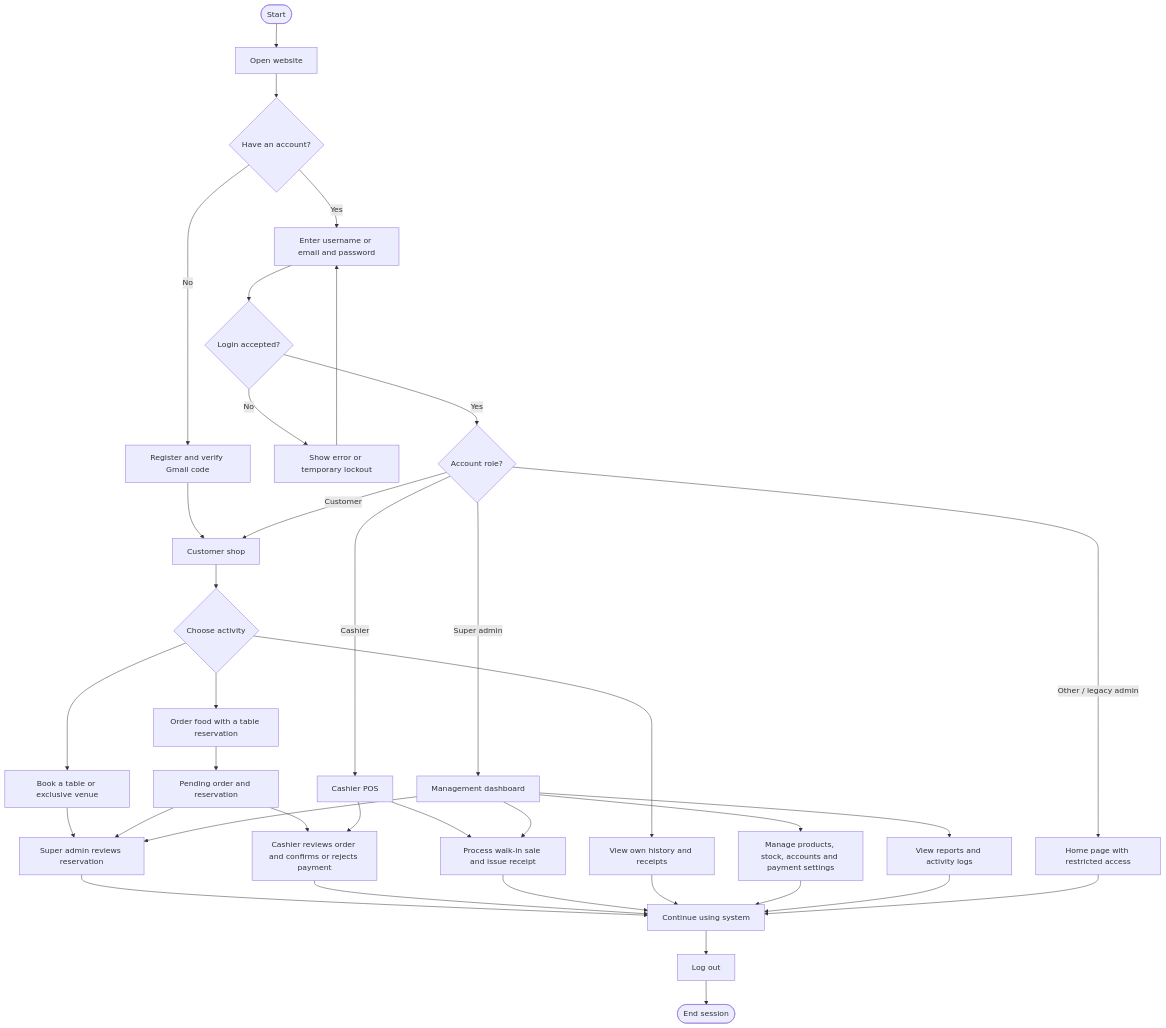
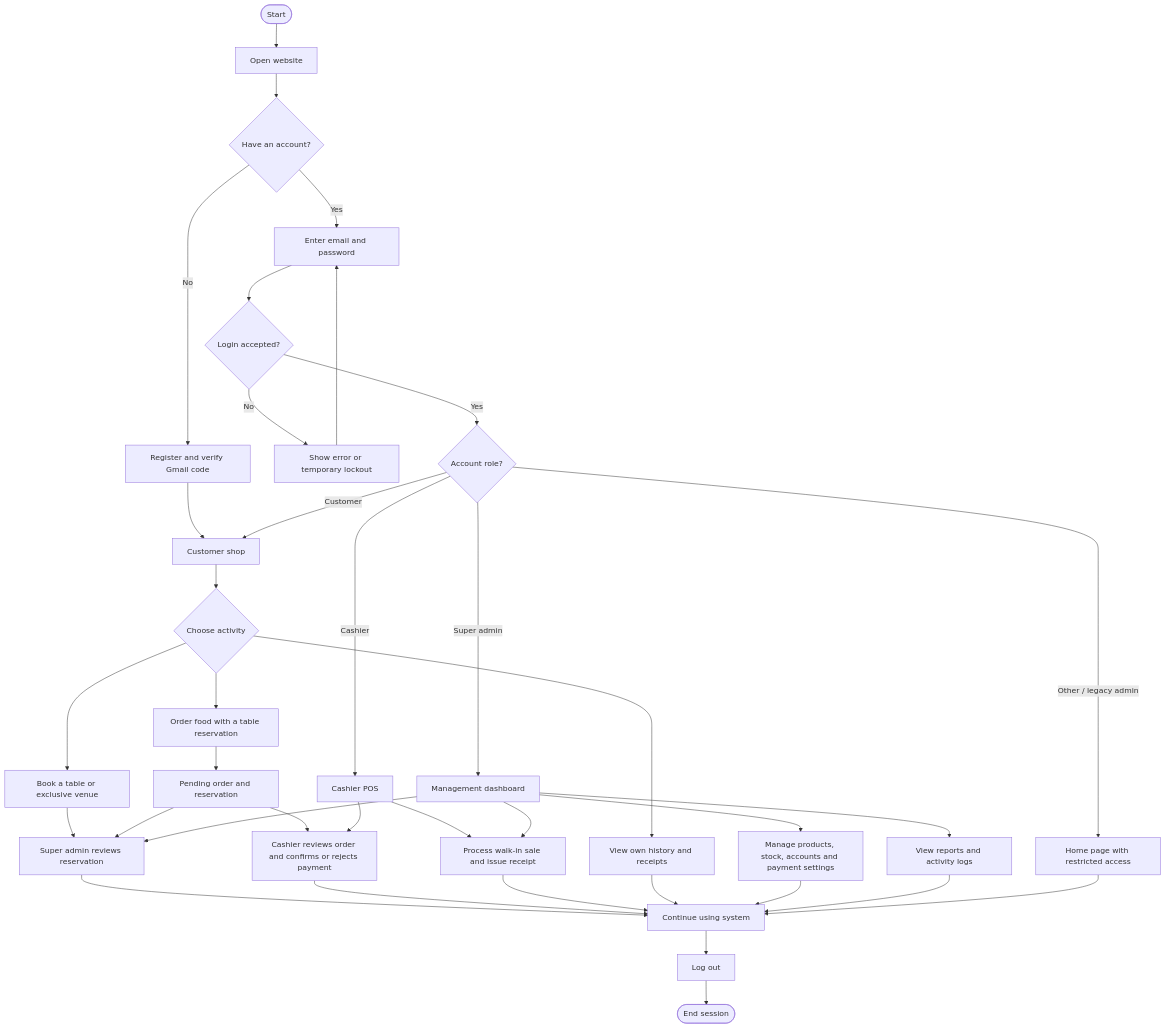
One commit to getcooked/kermits-POS changed the first of 6 diagrams in docs/SYSTEM_FLOWCHART.md. Above: the diagram before and after it, drawn with Mermaid. The commit also changed other lines of this file and 47 other files, not shown here.

````diff
--- a/docs/SYSTEM_FLOWCHART.md
+++ b/docs/SYSTEM_FLOWCHART.md
@@ -7,39 +7,39 @@
 ```mermaid
 flowchart TD
     Start([Start]) --> Home[Open website]
     Home --> Account{Have an account?}
     Account -->|No| Register[Register and verify Gmail code]
     Register --> Customer[Customer shop]
-    Account -->|Yes| Login[Enter username or email and password]
+    Account -->|Yes| Login[Enter email and password]
     Login --> Valid{Login accepted?}
     Valid -->|No| Error[Show error or temporary lockout]
     Error --> Login
     Valid -->|Yes| Role{Account role?}
     Role -->|Customer| Customer
     Role -->|Cashier| Cashier[Cashier POS]
     Role -->|Super admin| Admin[Management dashboard]
     Role -->|Other / legacy admin| Limited[Home page with restricted access]
     Customer --> CustomerTask{Choose activity}
     CustomerTask --> Shop[Order food with a table reservation]
     CustomerTask --> Book[Book a table or exclusive venue]
     CustomerTask --> History[View own history and receipts]
     Shop --> Pending[Pending order and reservation]
     Book --> Review[Super admin reviews reservation]
     Pending --> Review
     Pending --> Payment[Cashier reviews order and confirms or rejects payment]
     Cashier --> Payment
     Cashier --> Sale[Process walk-in sale and issue receipt]
     Admin --> Review
     Admin --> Manage[Manage products, stock, accounts and payment settings]
     Admin --> Reports[View reports and activity logs]
     Admin --> Sale
     Review --> Continue[Continue using system]
     Payment --> Continue
     Sale --> Continue
     History --> Continue
     Manage --> Continue
     Reports --> Continue
     Limited --> Continue
     Continue --> Logout[Log out]
     Logout --> Finish([End session])
 ```
````
